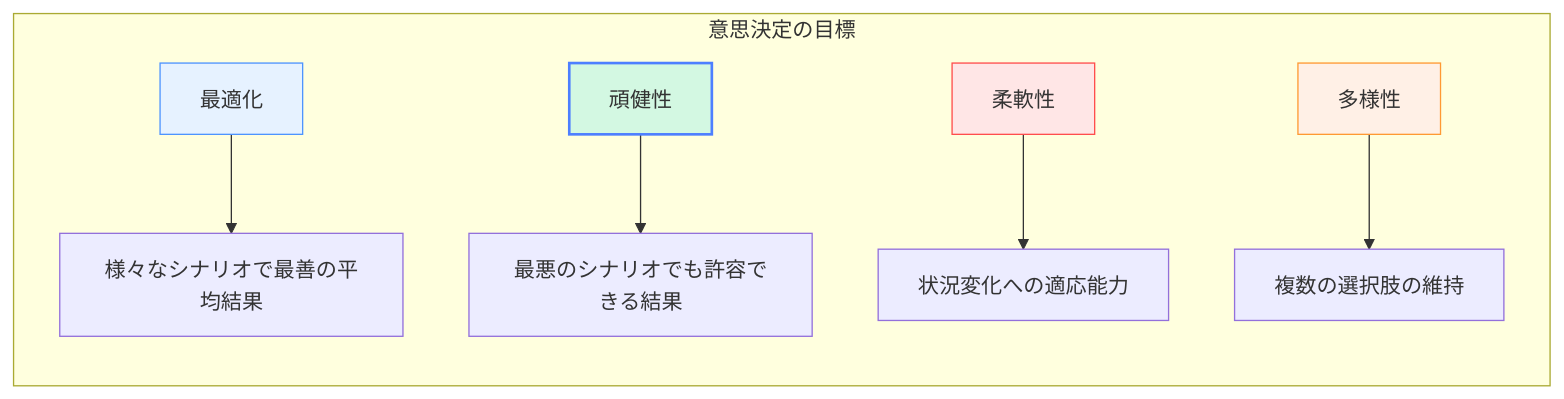
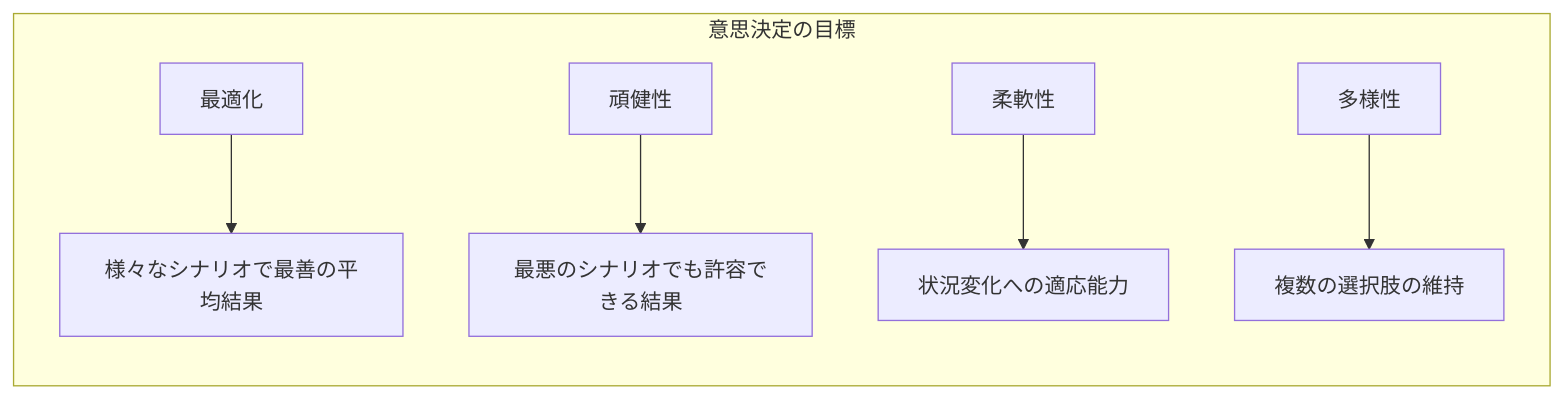
The fifth of 9 diagrams in docs/decision-making-guide/uncertainty.md (shuji-bonji/Situational-Awareness-and-Decision-Making), drawn with Mermaid before and after one commit. The commit also changed other lines of this file and 49 other files, not shown here.

Commit message:
fix: ダークモードで見づらい図の色の変更

````diff
--- a/docs/decision-making-guide/uncertainty.md
+++ b/docs/decision-making-guide/uncertainty.md
@@ -321,14 +321,14 @@
     ```mermaid
     graph LR
         subgraph "意思決定の目標"
             A[最適化] --> B[様々なシナリオで最善の平均結果]
             C[頑健性] --> D[最悪のシナリオでも許容できる結果]
             E[柔軟性] --> F[状況変化への適応能力]
             G[多様性] --> H[複数の選択肢の維持]
         end
         
-        style A fill:#e6f2ff,stroke:#4d94ff
-        style C fill:#d3f8e2,stroke:#4d7fff,stroke-width:2px
-        style E fill:#ffe6e6,stroke:#ff4d4d
-        style G fill:#fff0e6,stroke:#ff9933
+    
+    
+    
+    
     ```
````
